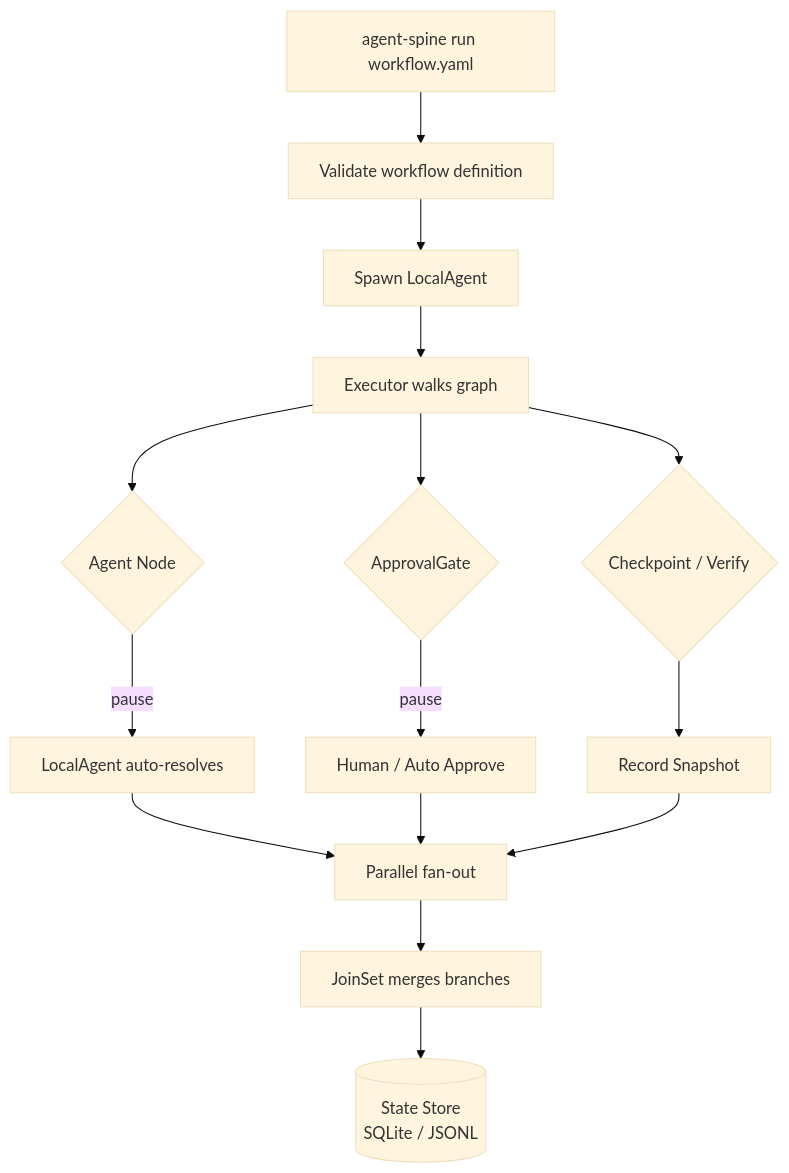
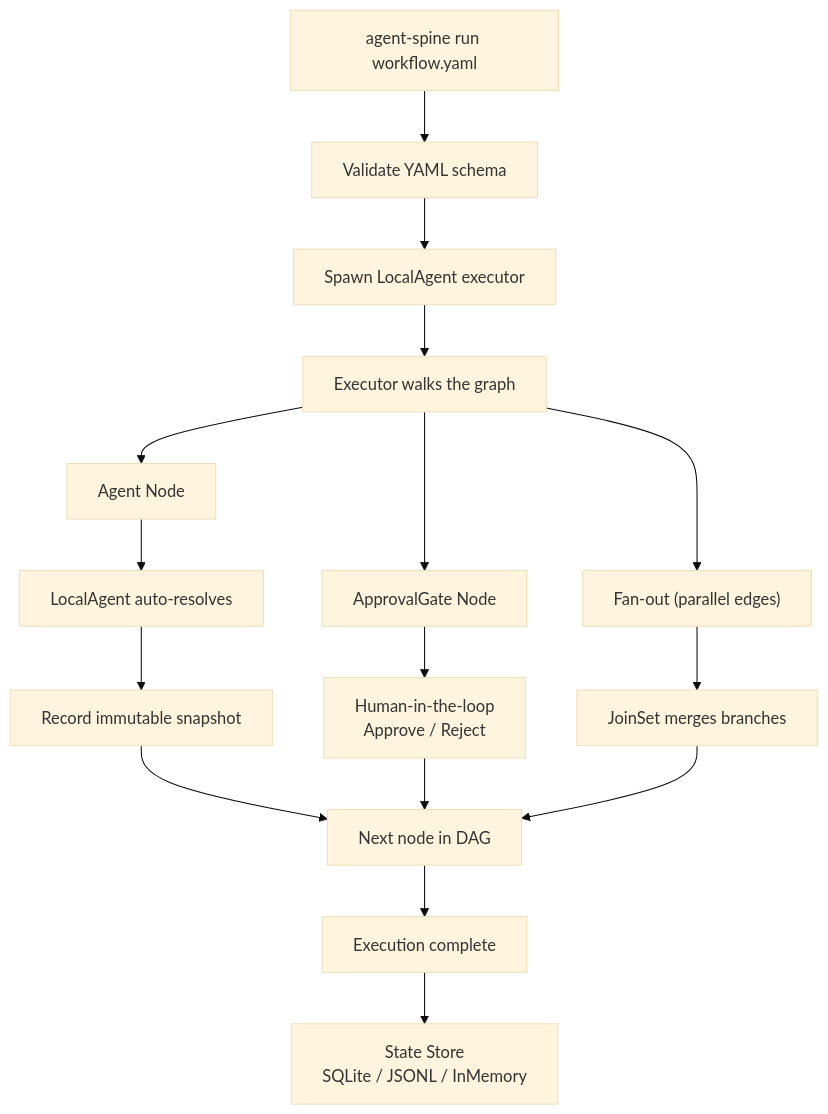
One commit to autonomic-ai-dev/agent-spine changed the diagram in README.md. Above: the diagram before and after it, drawn with Mermaid (base theme). The commit also changed other lines of this file and 6 other files, not shown here.

````diff
--- a/README.md
+++ b/README.md
@@ -82,22 +19,23 @@
 ```mermaid
 flowchart TD
-    Start[agent-spine run workflow.yaml] --> Validate[Validate workflow definition]
-    Validate --> Spawn[Spawn LocalAgent]
-    Spawn --> Executor[Executor walks graph]
-    
-    Executor --> AgentNode{Agent Node}
-    AgentNode -->|pause| LocalAgent[LocalAgent auto-resolves]
-    
-    Executor --> ApprovalNode{ApprovalGate}
-    ApprovalNode -->|pause| HITL[Human / Auto Approve]
-    
-    Executor --> CheckpointNode{Checkpoint / Verify}
-    CheckpointNode --> Snap[Record Snapshot]
-    
-    LocalAgent --> FanOut[Parallel fan-out]
-    HITL --> FanOut
-    Snap --> FanOut
-    
-    FanOut --> Join[JoinSet merges branches]
-    Join --> Store[(State Store<br>SQLite / JSONL)]
+    Start["agent-spine run workflow.yaml"] --> Validate["Validate YAML schema"]
+    Validate --> Spawn["Spawn LocalAgent executor"]
+    Spawn --> Walk["Executor walks the graph"]
+
+    Walk --> AgentNode["Agent Node"]
+    AgentNode --> Resolve["LocalAgent auto-resolves"]
+    Resolve --> Snap["Record immutable snapshot"]
+
+    Walk --> Approval["ApprovalGate Node"]
+    Approval --> HITL["Human-in-the-loop<br>Approve / Reject"]
+
+    Walk --> Parallel["Fan-out (parallel edges)"]
+    Parallel --> Join["JoinSet merges branches"]
+
+    Snap --> Next["Next node in DAG"]
+    HITL --> Next
+    Join --> Next
+
+    Next --> Finish["Execution complete"]
+    Finish --> Store["State Store<br>SQLite / JSONL / InMemory"]
 ```
````
